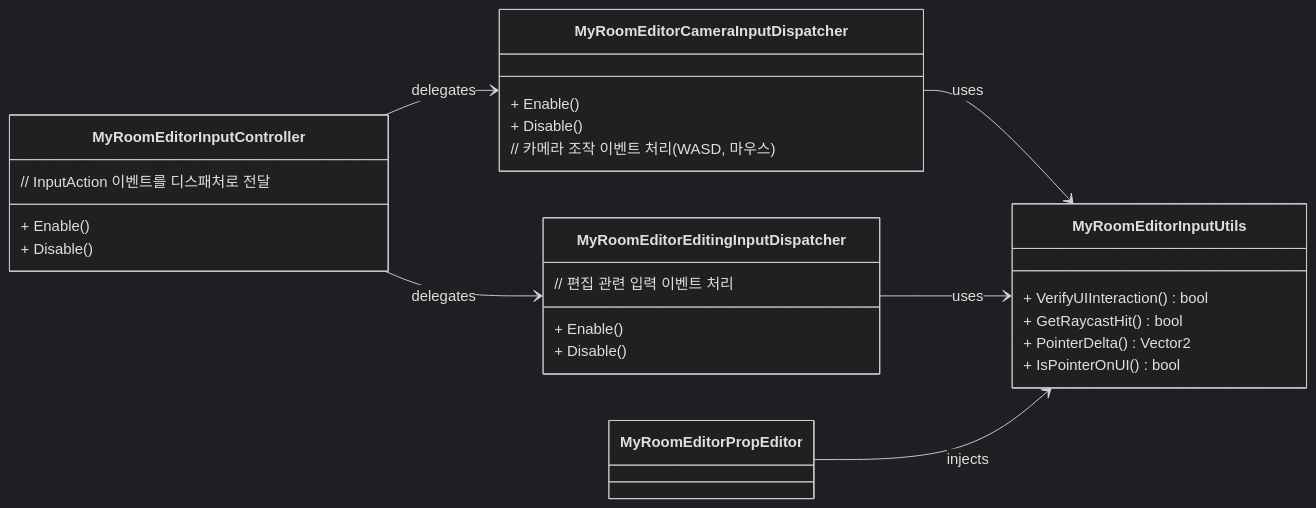
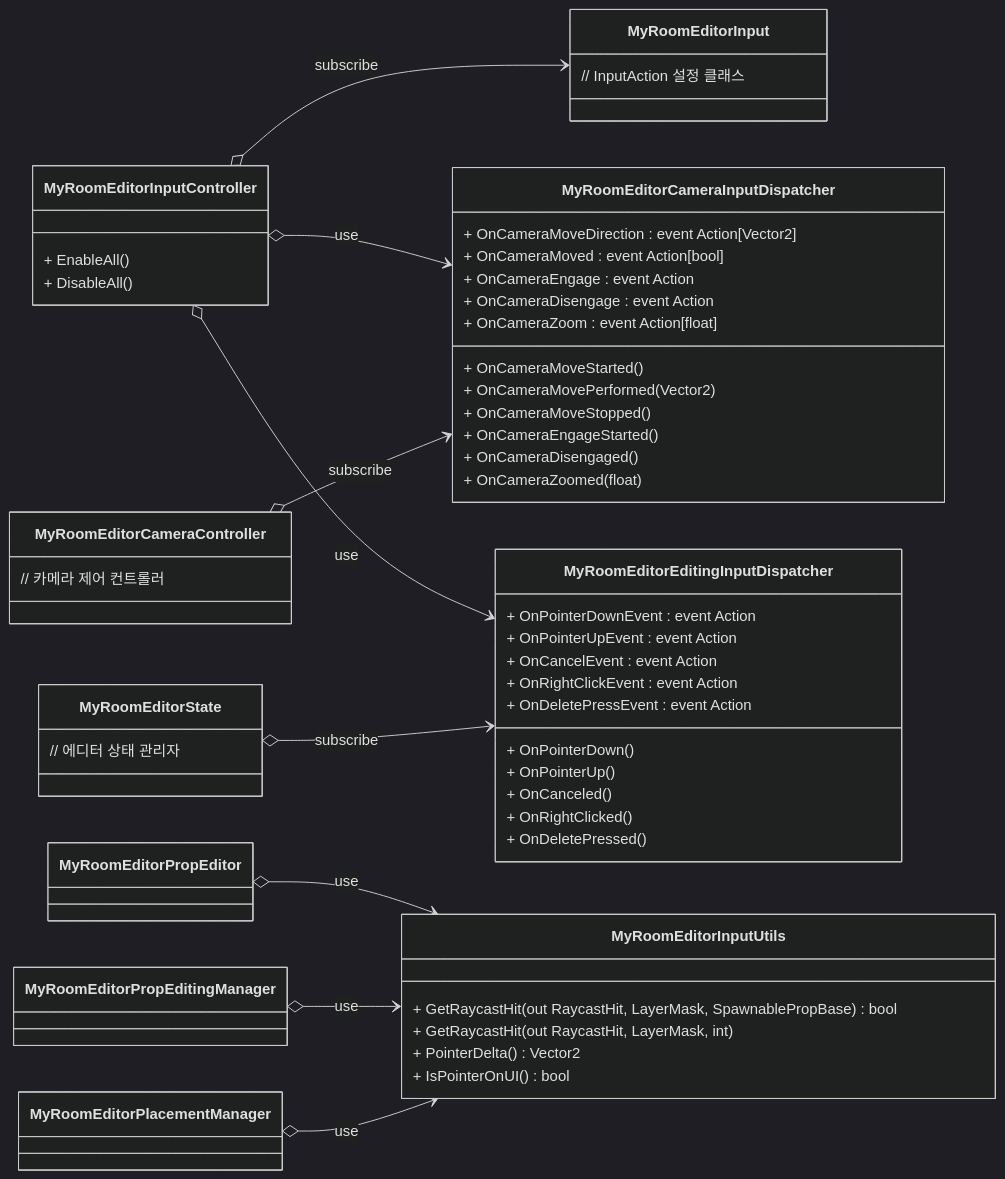
The third of 7 diagrams in content/docs/Projects/Rfice/HousingSystem/Overview.md (CosmicGiantKoala/CosmicGiantKoala.github.io), drawn with Mermaid (dark theme) before and after one commit. The commit also changed other lines of this file, not shown here.

Commit message:
MyRoomEditor UML 다이어그램 업데이트

````diff
--- a/content/docs/Projects/Rfice/HousingSystem/Overview.md
+++ b/content/docs/Projects/Rfice/HousingSystem/Overview.md
@@ -294,34 +262,67 @@
 ```mermaid
 classDiagram
 direction LR
+    class MyRoomEditorInput{
+        // InputAction 설정 클래스
+    }
+
     class MyRoomEditorInputController {
-        + Enable()
-        + Disable()
-        // InputAction 이벤트를 디스패처로 전달
+        + EnableAll()
+        + DisableAll()
     }
 
     class MyRoomEditorCameraInputDispatcher {
-        + Enable()
-        + Disable()
-        // 카메라 조작 이벤트 처리 (WASD, 마우스)
+        + OnCameraMoveDirection : event Action[Vector2]
+        + OnCameraMoved : event Action[bool]
+        + OnCameraEngage : event Action
+        + OnCameraDisengage : event Action
+        + OnCameraZoom : event Action[float]
+        + OnCameraMoveStarted()
+        + OnCameraMovePerformed(Vector2)
+        + OnCameraMoveStopped()
+        + OnCameraEngageStarted()
+        + OnCameraDisengaged()
+        + OnCameraZoomed(float)
     }
 
     class MyRoomEditorEditingInputDispatcher {
-        + Enable()
-        + Disable()
-        // 편집 관련 입력 이벤트 처리
+        + OnPointerDownEvent : event Action
+        + OnPointerUpEvent : event Action
+        + OnCancelEvent : event Action
+        + OnRightClickEvent : event Action
+        + OnDeletePressEvent : event Action
+        + OnPointerDown()
+        + OnPointerUp()
+        + OnCanceled()
+        + OnRightClicked()
+        + OnDeletePressed()
     }
 
     class MyRoomEditorInputUtils {
-        + VerifyUIInteraction() bool
-        + GetRaycastHit() bool
+        + GetRaycastHit(out RaycastHit, LayerMask, SpawnablePropBase) bool
+        + GetRaycastHit(out RaycastHit, LayerMask, int)
         + PointerDelta() Vector2
         + IsPointerOnUI() bool
     }
+    
+    class MyRoomEditorCameraController {
+        // 카메라 제어 컨트롤러
+    }
+    
+    class MyRoomEditorState {
+        // 에디터 상태 관리자
+    }
+    
+    MyRoomEditorInputController o--> MyRoomEditorInput : subscribe
+    MyRoomEditorInputController o--> MyRoomEditorCameraInputDispatcher : use
+    MyRoomEditorInputController o--> MyRoomEditorEditingInputDispatcher : use
 
-    MyRoomEditorInputController --> MyRoomEditorCameraInputDispatcher : delegates
-    MyRoomEditorInputController --> MyRoomEditorEditingInputDispatcher : delegates
-    MyRoomEditorCameraInputDispatcher --> MyRoomEditorInputUtils : uses
-    MyRoomEditorEditingInputDispatcher --> MyRoomEditorInputUtils : uses
-    MyRoomEditorPropEditor --> MyRoomEditorInputUtils : injects
+    MyRoomEditorState o--> MyRoomEditorEditingInputDispatcher : subscribe
+    
+    
+    MyRoomEditorPropEditor o--> MyRoomEditorInputUtils : use
+    MyRoomEditorPropEditingManager o--> MyRoomEditorInputUtils : use
+    MyRoomEditorPlacementManager o--> MyRoomEditorInputUtils : use
+    
+    MyRoomEditorCameraController o--> MyRoomEditorCameraInputDispatcher : subscribe
 ```
````
